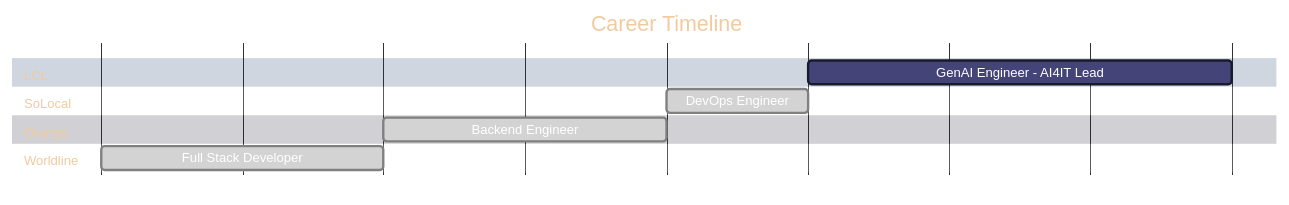
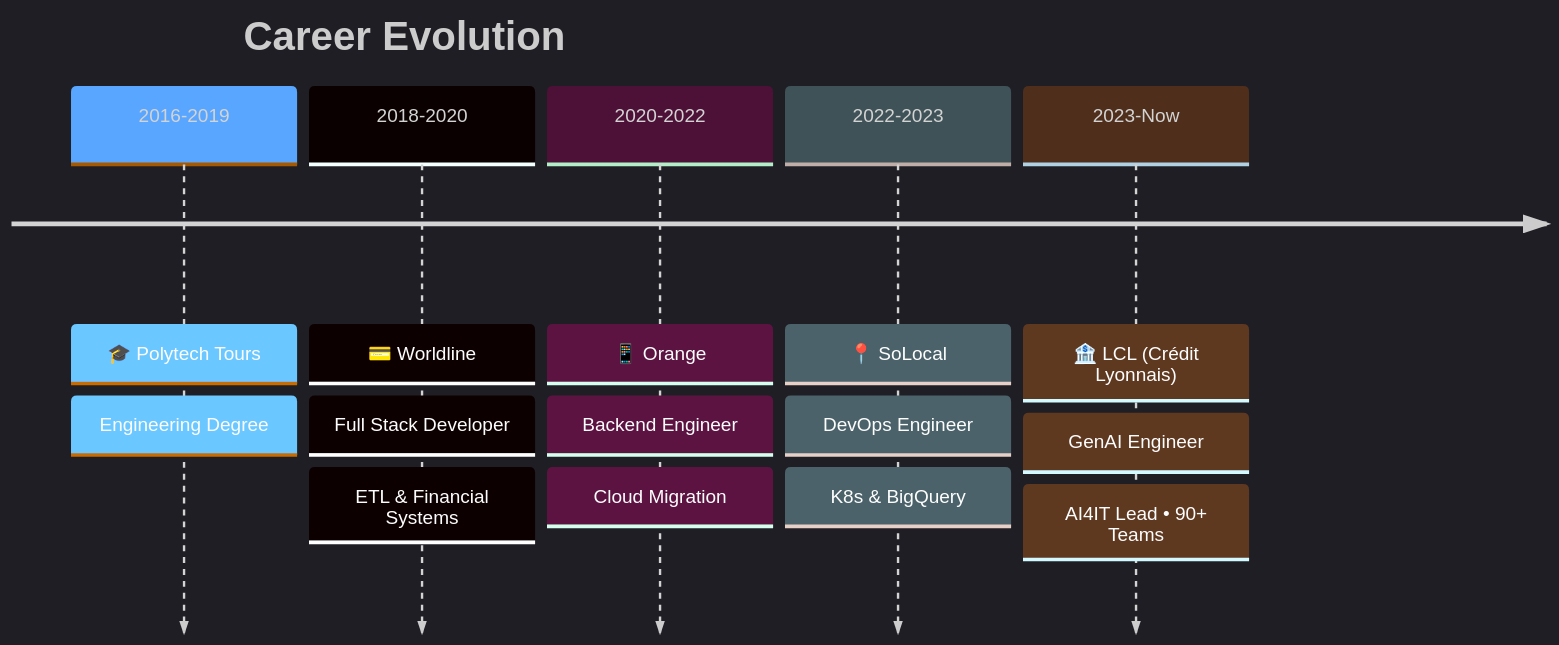
The diagram in README.md (OM-EL/OM-EL), drawn with Mermaid before and after one commit. The commit also changed other lines of this file, not shown here.

````diff
--- a/README.md
+++ b/README.md
@@ -110,19 +165,19 @@
 ```mermaid
-%%{init: {'theme': 'base', 'themeVariables': { 'primaryColor': '#1a1a2e', 'primaryTextColor': '#fff', 'primaryBorderColor': '#0f3460', 'lineColor': '#16213e', 'secondaryColor': '#16213e', 'tertiaryColor': '#0f3460'}}}%%
-gantt
-    title Career Timeline
-    dateFormat  YYYY
-    axisFormat %Y
-    
-    section LCL
-    GenAI Engineer - AI4IT Lead    :active, 2023, 2026
-    
-    section SoLocal
-    DevOps Engineer                :done, 2022, 2023
-    
-    section Orange
-    Backend Engineer               :done, 2020, 2022
-    
-    section Worldline
-    Full Stack Developer           :done, 2018, 2020
+%%{init: {'theme': 'dark', 'themeVariables': { 'primaryColor': '#58A6FF', 'primaryTextColor': '#fff', 'primaryBorderColor': '#30363d', 'lineColor': '#58A6FF', 'secondaryColor': '#21262d', 'tertiaryColor': '#161b22'}}}%%
+timeline
+    title Career Evolution
+    2016-2019 : 🎓 Polytech Tours
+             : Engineering Degree
+    2018-2020 : 💳 Worldline
+             : Full Stack Developer
+             : ETL & Financial Systems
+    2020-2022 : 📱 Orange
+             : Backend Engineer
+             : Cloud Migration
+    2022-2023 : 📍 SoLocal
+             : DevOps Engineer
+             : K8s & BigQuery
+    2023-Now  : 🏦 LCL (Crédit Lyonnais)
+             : GenAI Engineer
+             : AI4IT Lead • 90+ Teams
 ```
````
